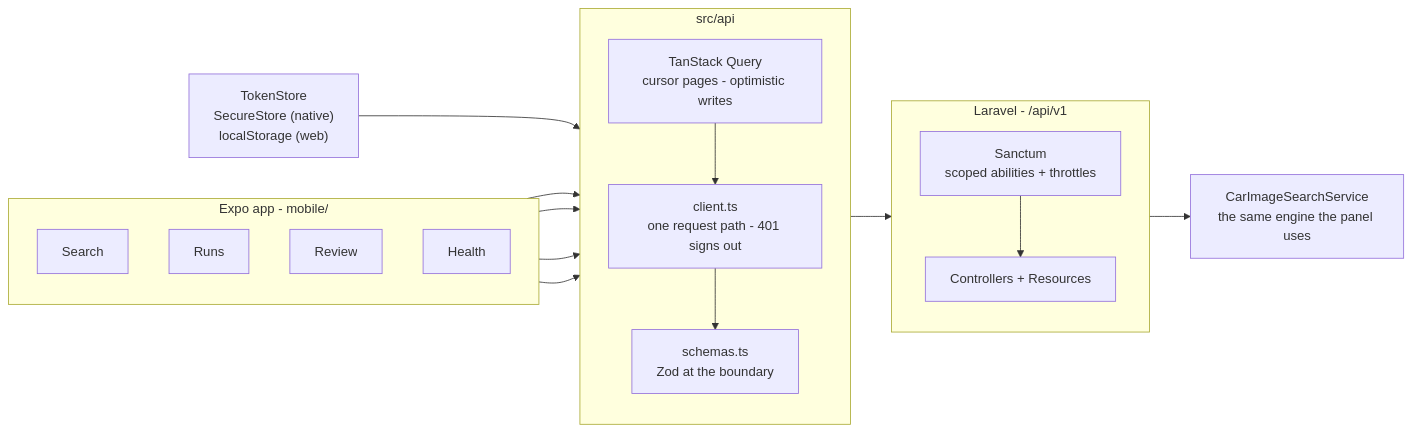
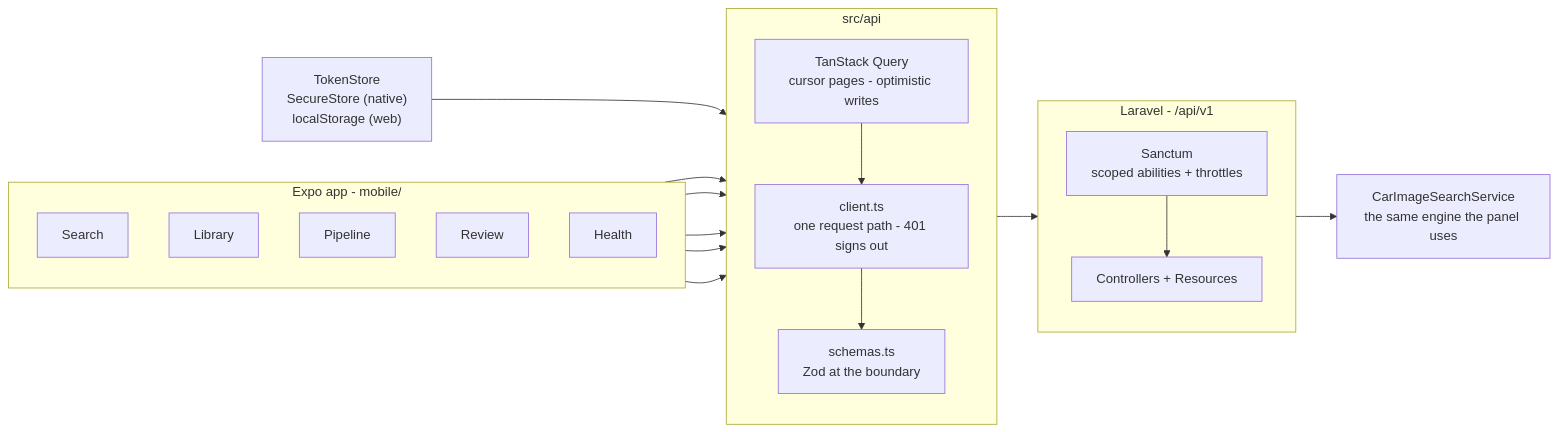
Before and after one commit to RonaldAllanRivera/cars-images-api: the second of 2 diagrams in README.md, drawn with Mermaid. The commit also changed other lines of this file, not shown here.

````diff
--- a/README.md
+++ b/README.md
@@ -189,38 +207,40 @@
 ```mermaid
 flowchart LR
     subgraph App["Expo app - mobile/"]
         direction TB
         T1["Search"]
-        T2["Runs"]
-        T3["Review"]
-        T4["Health"]
+        T2["Library"]
+        T3["Pipeline"]
+        T4["Review"]
+        T5["Health"]
     end
 
     subgraph Client["src/api"]
         direction TB
         RQ["TanStack Query<br/>cursor pages - optimistic writes"]
         AC["client.ts<br/>one request path - 401 signs out"]
         ZD["schemas.ts<br/>Zod at the boundary"]
     end
 
     TS["TokenStore<br/>SecureStore (native)<br/>localStorage (web)"]
 
     subgraph API["Laravel - /api/v1"]
         direction TB
         SAN["Sanctum<br/>scoped abilities + throttles"]
         CTL["Controllers + Resources"]
     end
 
     SVC["CarImageSearchService<br/>the same engine the panel uses"]
 
     T1 --> RQ
     T2 --> RQ
     T3 --> RQ
     T4 --> RQ
+    T5 --> RQ
     RQ --> AC
     AC --> ZD
     TS --> AC
     AC --> SAN
     SAN --> CTL
     CTL --> SVC
 ```
````
